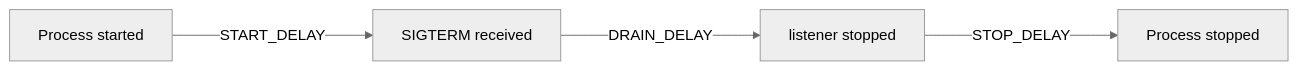
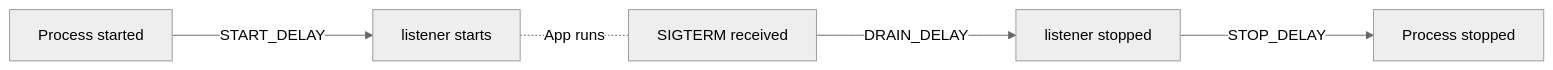
One commit to a18e/cf-tcp-test-app changed the first of 2 diagrams in README.md. Above: the diagram before and after it, drawn with Mermaid (neutral theme). The commit also changed other lines of this file, not shown here.

Commit message:
Add Crash lifecycle to README (WIP)

````diff
--- a/README.md
+++ b/README.md
@@ -47,5 +47,5 @@
 ```mermaid
 flowchart LR
-    start["Process started"]--->|START_DELAY|crash["SIGTERM received"]--->|DRAIN_DELAY|drain["listener stopped"]--->|STOP_DELAY|stop["Process stopped"]
+    start["Process started"]--->|START_DELAY| listens["listener starts"] -.-|App runs| crash["SIGTERM received"]--->|DRAIN_DELAY| drain["listener stopped"]--->|STOP_DELAY| stop["Process stopped"]
     
 ```
````
